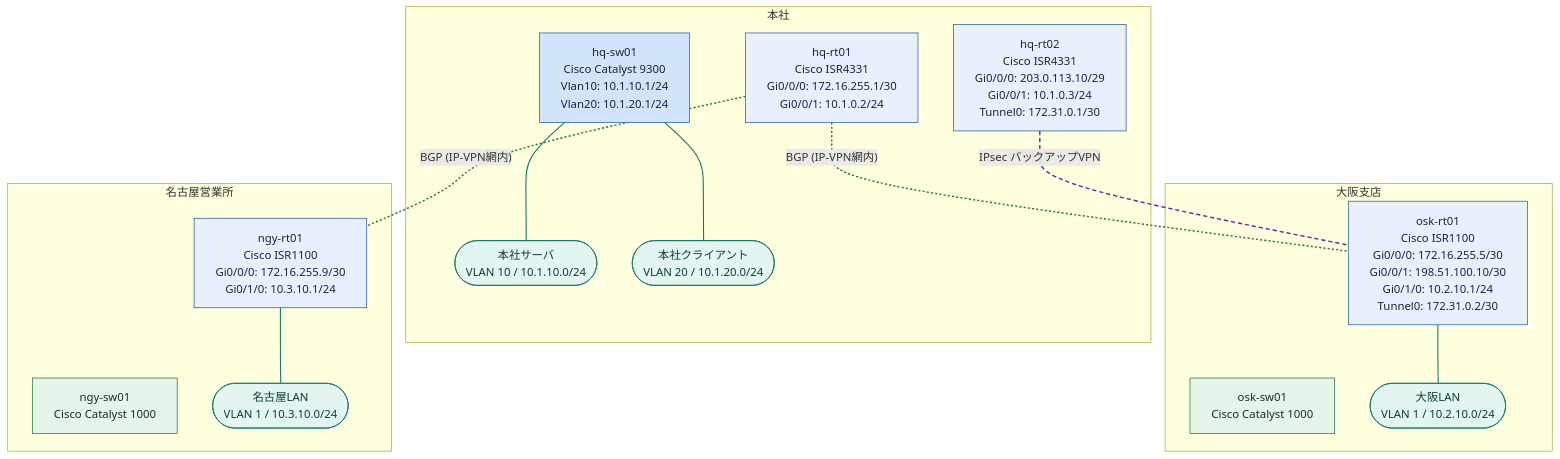
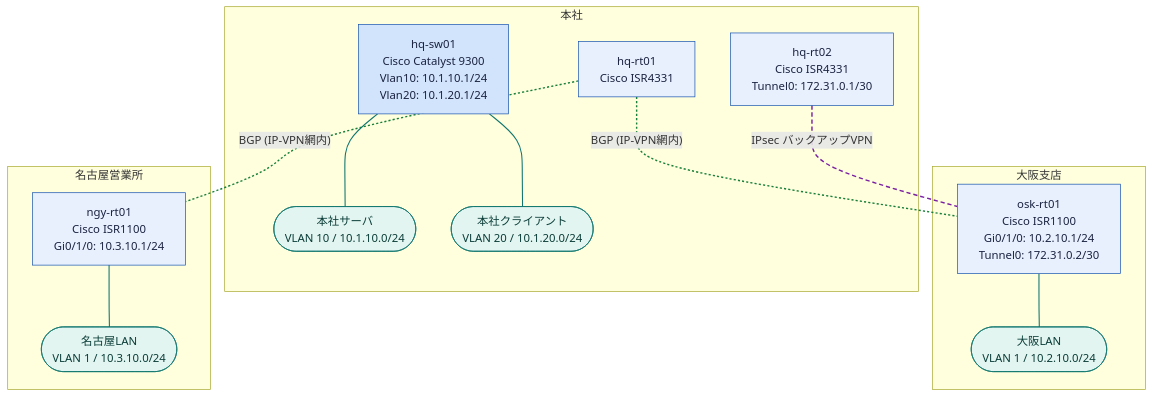
The diagram in examples/sample-corp/generated/logical-all.mmd (thinas1115/nwdsl), drawn with Mermaid before and after one commit. The commit also changed 38 other files, not shown here.

First line of the commit message:
全サンプルに論理構成図を追加 + 純L3ビューの自動判定と表示品質を改善

```diff
--- a/examples/sample-corp/generated/logical-all.mmd
+++ b/examples/sample-corp/generated/logical-all.mmd
@@ -1,44 +1,41 @@
 flowchart TB
   subgraph sg_hq["本社"]
-    hq_rt02["hq-rt02<br>Cisco ISR4331<br>Gi0/0/0: 203.0.113.10/29<br>Gi0/0/1: 10.1.0.3/24<br>Tunnel0: 172.31.0.1/30"]
-    hq_rt01["hq-rt01<br>Cisco ISR4331<br>Gi0/0/0: 172.16.255.1/30<br>Gi0/0/1: 10.1.0.2/24"]
+    hq_rt02["hq-rt02<br>Cisco ISR4331<br>Tunnel0: 172.31.0.1/30"]
+    hq_rt01["hq-rt01<br>Cisco ISR4331"]
     hq_sw01["hq-sw01<br>Cisco Catalyst 9300<br>Vlan10: 10.1.10.1/24<br>Vlan20: 10.1.20.1/24"]
     seg__hq_server(["本社サーバ<br>VLAN 10 / 10.1.10.0/24"])
     seg__hq_client(["本社クライアント<br>VLAN 20 / 10.1.20.0/24"])
   end
   subgraph sg_osk["大阪支店"]
-    osk_rt01["osk-rt01<br>Cisco ISR1100<br>Gi0/0/0: 172.16.255.5/30<br>Gi0/0/1: 198.51.100.10/30<br>Gi0/1/0: 10.2.10.1/24<br>Tunnel0: 172.31.0.2/30"]
-    osk_sw01["osk-sw01<br>Cisco Catalyst 1000"]
+    osk_rt01["osk-rt01<br>Cisco ISR1100<br>Gi0/1/0: 10.2.10.1/24<br>Tunnel0: 172.31.0.2/30"]
     seg__osk_lan(["大阪LAN<br>VLAN 1 / 10.2.10.0/24"])
   end
   subgraph sg_ngy["名古屋営業所"]
-    ngy_rt01["ngy-rt01<br>Cisco ISR1100<br>Gi0/0/0: 172.16.255.9/30<br>Gi0/1/0: 10.3.10.1/24"]
-    ngy_sw01["ngy-sw01<br>Cisco Catalyst 1000"]
+    ngy_rt01["ngy-rt01<br>Cisco ISR1100<br>Gi0/1/0: 10.3.10.1/24"]
     seg__ngy_lan(["名古屋LAN<br>VLAN 1 / 10.3.10.0/24"])
   end
   hq_rt02 ---|"IPsec バックアップVPN"| osk_rt01
   hq_rt01 ---|"BGP (IP-VPN網内)"| osk_rt01
   hq_rt01 ---|"BGP (IP-VPN網内)"| ngy_rt01
   hq_sw01 --- seg__hq_server
   hq_sw01 --- seg__hq_client
   osk_rt01 --- seg__osk_lan
   ngy_rt01 --- seg__ngy_lan
 
   classDef node_dim fill:#f8f9fa,stroke:#dadce0,color:#bdc1c6
   classDef node_failed fill:#fce8e6,stroke:#c5221f,color:#3c1a19
   classDef role_router fill:#e8f0fe,stroke:#1a56b0,color:#1a2340
   classDef role_l3switch fill:#d2e3fc,stroke:#1a56b0,color:#1a2340
   classDef role_l2switch fill:#e6f4ea,stroke:#137333,color:#1a2e1f
   classDef role_firewall fill:#fce8e6,stroke:#c5221f,color:#3c1a19
   classDef role_other fill:#f1f3f4,stroke:#5f6368,color:#202124
   classDef node_cloud fill:#f1f3f4,stroke:#5f6368,color:#202124
   classDef node_site fill:#fff8e1,stroke:#b58105,color:#4a3a08
   classDef node_segment fill:#e2f5f0,stroke:#0f766e,color:#0b3d38
   classDef node_external fill:#ffffff,stroke:#9aa0a6,stroke-dasharray:3 3,color:#5f6368
   class hq_rt02,osk_rt01,hq_rt01,ngy_rt01 role_router
   class hq_sw01 role_l3switch
-  class osk_sw01,ngy_sw01 role_l2switch
   class seg__hq_server,seg__hq_client,seg__osk_lan,seg__ngy_lan node_segment
   linkStyle 0 stroke:#7b1fa2,stroke-width:2px,stroke-dasharray:6 4
   linkStyle 1,2 stroke:#188038,stroke-width:2px,stroke-dasharray:3 3
   linkStyle 3,4,5,6 stroke:#0f766e,stroke-width:1.5px
```
